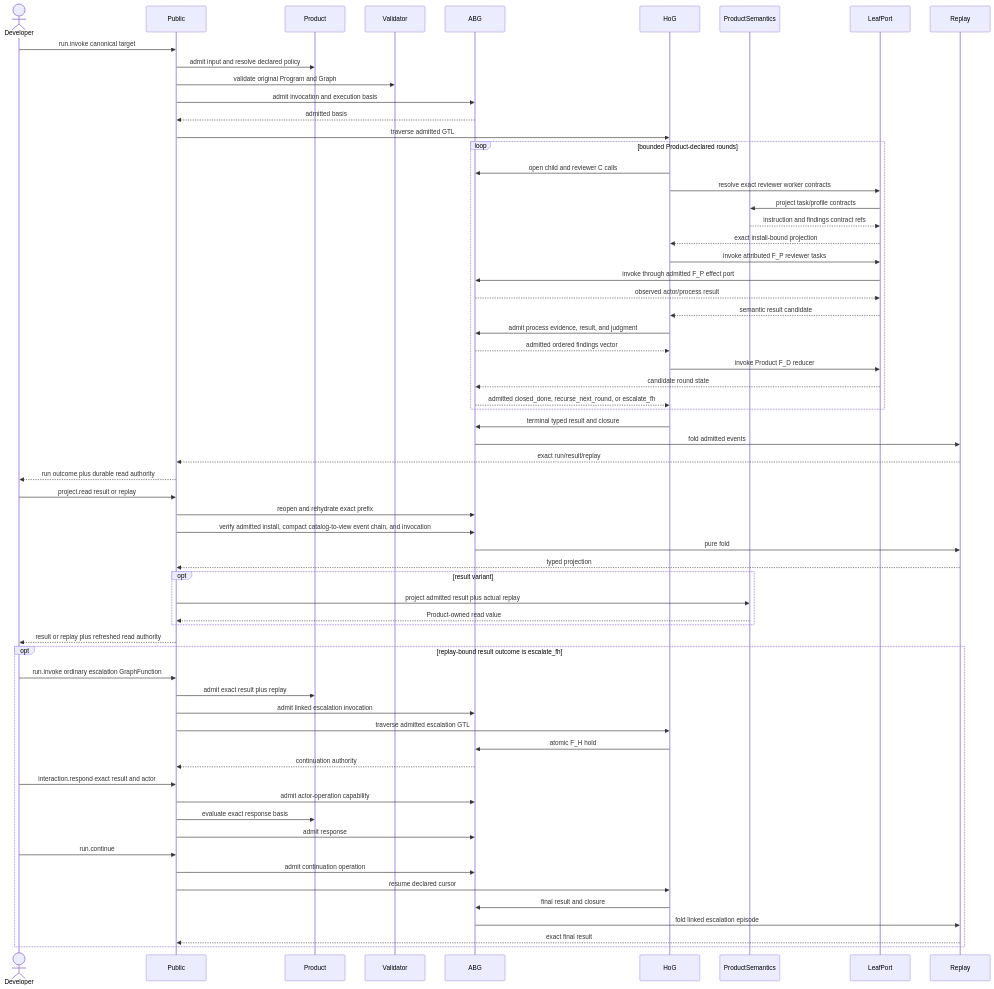
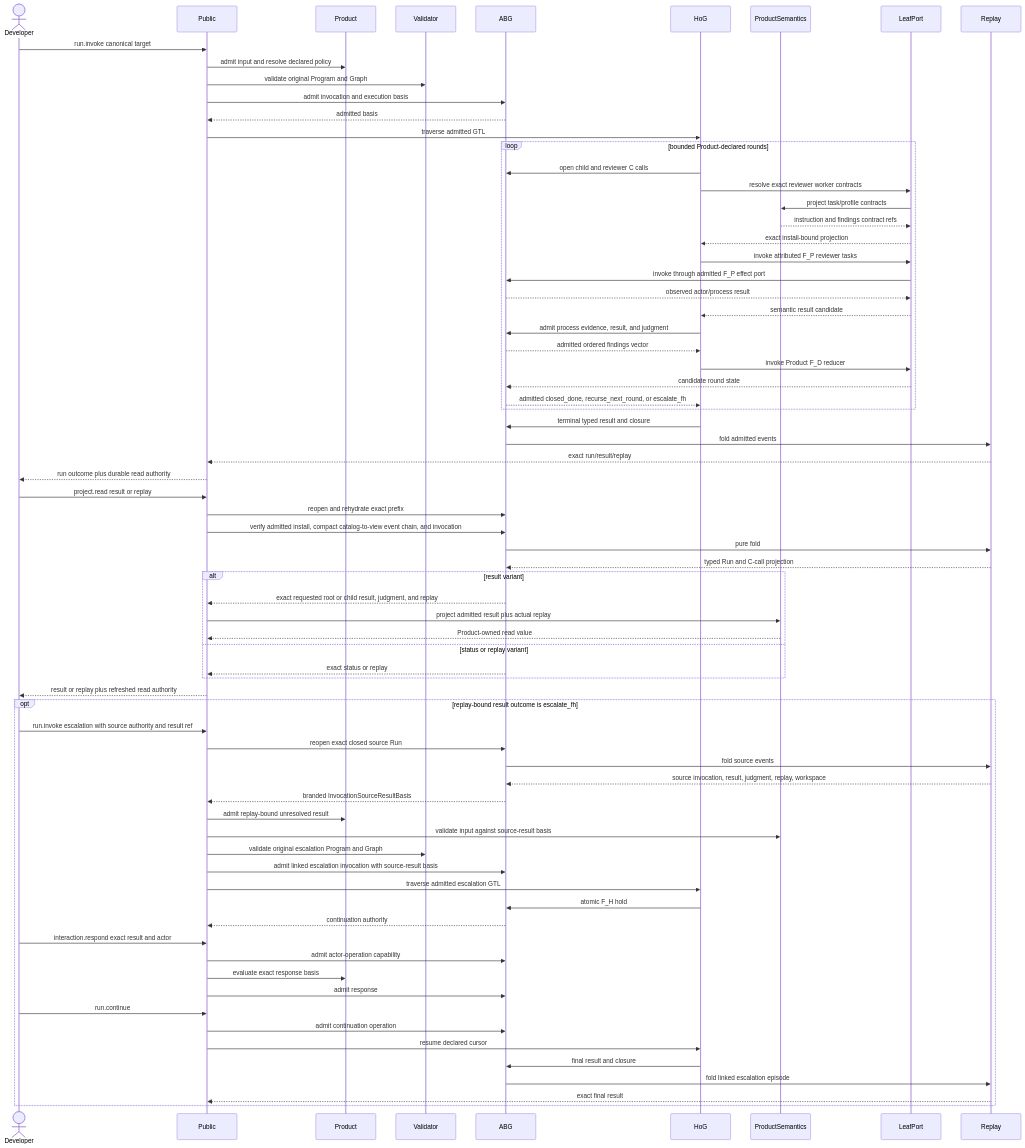
One commit to foolishimp/abiogenesis changed the ninth of 10 diagrams in build_tenants/abiogenesis/typescript/design/M05_DIRECT_GTL_TRAVERSAL_EXPANSION_DESIGN.md. Above: the diagram before and after it, drawn with Mermaid. The commit also changed other lines of this file and 18 other files, not shown here.

Commit message:
fix(m5): bind consensus escalation to admitted source truth

````diff
--- a/build_tenants/abiogenesis/typescript/design/M05_DIRECT_GTL_TRAVERSAL_EXPANSION_DESIGN.md
+++ b/build_tenants/abiogenesis/typescript/design/M05_DIRECT_GTL_TRAVERSAL_EXPANSION_DESIGN.md
@@ -2519,67 +2583,76 @@
 ```mermaid
 sequenceDiagram
   actor Developer
   participant Public
   participant Product
   participant Validator
   participant ABG
   participant HoG
   participant ProductSemantics
   participant LeafPort
   participant Replay
 
   Developer->>Public: run.invoke canonical target
   Public->>Product: admit input and resolve declared policy
   Public->>Validator: validate original Program and Graph
   Public->>ABG: admit invocation and execution basis
   ABG-->>Public: admitted basis
   Public->>HoG: traverse admitted GTL
   loop bounded Product-declared rounds
     HoG->>ABG: open child and reviewer C calls
     HoG->>LeafPort: resolve exact reviewer worker contracts
     LeafPort->>ProductSemantics: project task/profile contracts
     ProductSemantics-->>LeafPort: instruction and findings contract refs
     LeafPort-->>HoG: exact install-bound projection
     HoG->>LeafPort: invoke attributed F_P reviewer tasks
     LeafPort->>ABG: invoke through admitted F_P effect port
     ABG-->>LeafPort: observed actor/process result
     LeafPort-->>HoG: semantic result candidate
     HoG->>ABG: admit process evidence, result, and judgment
     ABG-->>HoG: admitted ordered findings vector
     HoG->>LeafPort: invoke Product F_D reducer
     LeafPort-->>ABG: candidate round state
     ABG-->>HoG: admitted closed_done, recurse_next_round, or escalate_fh
   end
   HoG->>ABG: terminal typed result and closure
   ABG->>Replay: fold admitted events
   Replay-->>Public: exact run/result/replay
   Public-->>Developer: run outcome plus durable read authority
   Developer->>Public: project.read result or replay
   Public->>ABG: reopen and rehydrate exact prefix
   Public->>ABG: verify admitted install, compact catalog-to-view event chain, and invocation
   ABG->>Replay: pure fold
-  Replay-->>Public: typed projection
-  opt result variant
+  Replay-->>ABG: typed Run and C-call projection
+  alt result variant
+    ABG-->>Public: exact requested root or child result, judgment, and replay
     Public->>ProductSemantics: project admitted result plus actual replay
     ProductSemantics-->>Public: Product-owned read value
+  else status or replay variant
+    ABG-->>Public: exact status or replay
   end
   Public-->>Developer: result or replay plus refreshed read authority
   opt replay-bound result outcome is escalate_fh
-    Developer->>Public: run.invoke ordinary escalation GraphFunction
-    Public->>Product: admit exact result plus replay
-    Public->>ABG: admit linked escalation invocation
+    Developer->>Public: run.invoke escalation with source authority and result ref
+    Public->>ABG: reopen exact closed source Run
+    ABG->>Replay: fold source events
+    Replay-->>ABG: source invocation, result, judgment, replay, workspace
+    ABG-->>Public: branded InvocationSourceResultBasis
+    Public->>Product: admit replay-bound unresolved result
+    Public->>ProductSemantics: validate input against source-result basis
+    Public->>Validator: validate original escalation Program and Graph
+    Public->>ABG: admit linked escalation invocation with source-result basis
     Public->>HoG: traverse admitted escalation GTL
     HoG->>ABG: atomic F_H hold
     ABG-->>Public: continuation authority
     Developer->>Public: interaction.respond exact result and actor
     Public->>ABG: admit actor-operation capability
     Public->>Product: evaluate exact response basis
     Public->>ABG: admit response
     Developer->>Public: run.continue
     Public->>ABG: admit continuation operation
     Public->>HoG: resume declared cursor
     HoG->>ABG: final result and closure
     ABG->>Replay: fold linked escalation episode
     Replay-->>Public: exact final result
   end
 ```
````
